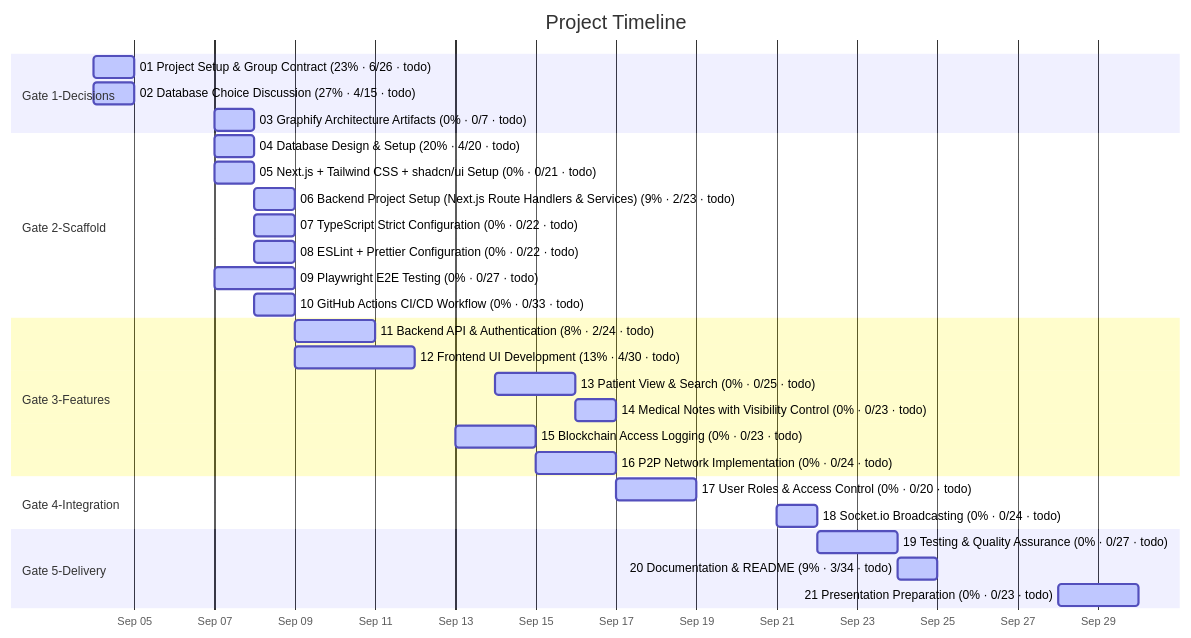
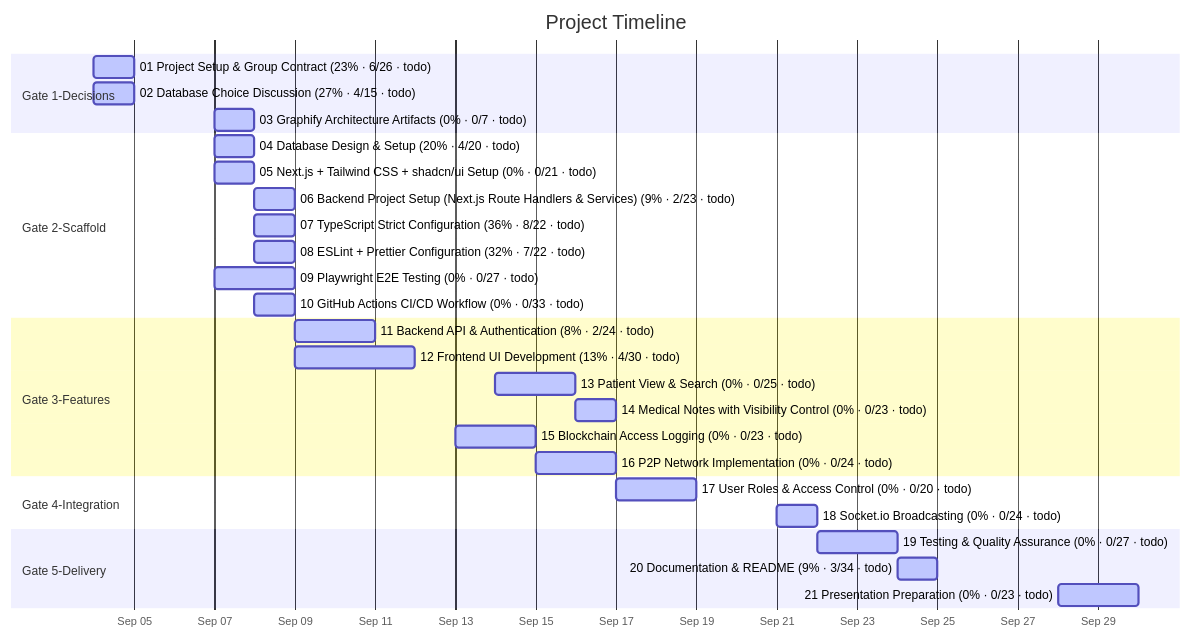
The diagram in docs/diagrams/task-gantt.md (matdevstamp/inl-3-awesome-journal), drawn with Mermaid before and after one commit. The commit also changed 30 other files, not shown here.

Commit message:
chore: enforce strict typescript and add prettier formatting

````diff
--- a/docs/diagrams/task-gantt.md
+++ b/docs/diagrams/task-gantt.md
@@ -25,33 +25,33 @@
 ```mermaid
 gantt
     title Project Timeline
     dateFormat  YYYY-MM-DD
     axisFormat  %b %d
 
     section Gate 1-Decisions
     01 Project Setup & Group Contract (23% · 6/26 · todo) : active, 2026-09-04, 1d
     02 Database Choice Discussion (27% · 4/15 · todo) : active, 2026-09-04, 1d
     03 Graphify Architecture Artifacts (0% · 0/7 · todo) : active, 2026-09-07, 1d
     section Gate 2-Scaffold
     04 Database Design & Setup (20% · 4/20 · todo) : active, 2026-09-07, 1d
     05 Next.js + Tailwind CSS + shadcn/ui Setup (0% · 0/21 · todo) : active, 2026-09-07, 1d
     06 Backend Project Setup (Next.js Route Handlers & Services) (9% · 2/23 · todo) : active, 2026-09-08, 1d
-    07 TypeScript Strict Configuration (0% · 0/22 · todo) : active, 2026-09-08, 1d
-    08 ESLint + Prettier Configuration (0% · 0/22 · todo) : active, 2026-09-08, 1d
+    07 TypeScript Strict Configuration (36% · 8/22 · todo) : active, 2026-09-08, 1d
+    08 ESLint + Prettier Configuration (32% · 7/22 · todo) : active, 2026-09-08, 1d
     09 Playwright E2E Testing (0% · 0/27 · todo) : active, 2026-09-07, 2d
     10 GitHub Actions CI/CD Workflow (0% · 0/33 · todo) : active, 2026-09-08, 1d
     section Gate 3-Features
     11 Backend API & Authentication (8% · 2/24 · todo) : active, 2026-09-09, 2d
     12 Frontend UI Development (13% · 4/30 · todo) : active, 2026-09-09, 3d
     13 Patient View & Search (0% · 0/25 · todo) : active, 2026-09-14, 2d
     14 Medical Notes with Visibility Control (0% · 0/23 · todo) : active, 2026-09-16, 1d
     15 Blockchain Access Logging (0% · 0/23 · todo) : active, 2026-09-13, 2d
     16 P2P Network Implementation (0% · 0/24 · todo) : active, 2026-09-15, 2d
     section Gate 4-Integration
     17 User Roles & Access Control (0% · 0/20 · todo) : active, 2026-09-17, 2d
     18 Socket.io Broadcasting (0% · 0/24 · todo) : active, 2026-09-21, 1d
     section Gate 5-Delivery
     19 Testing & Quality Assurance (0% · 0/27 · todo) : active, 2026-09-22, 2d
     20 Documentation & README (9% · 3/34 · todo) : active, 2026-09-24, 1d
     21 Presentation Preparation (0% · 0/23 · todo) : active, 2026-09-28, 2d
 ```
````
